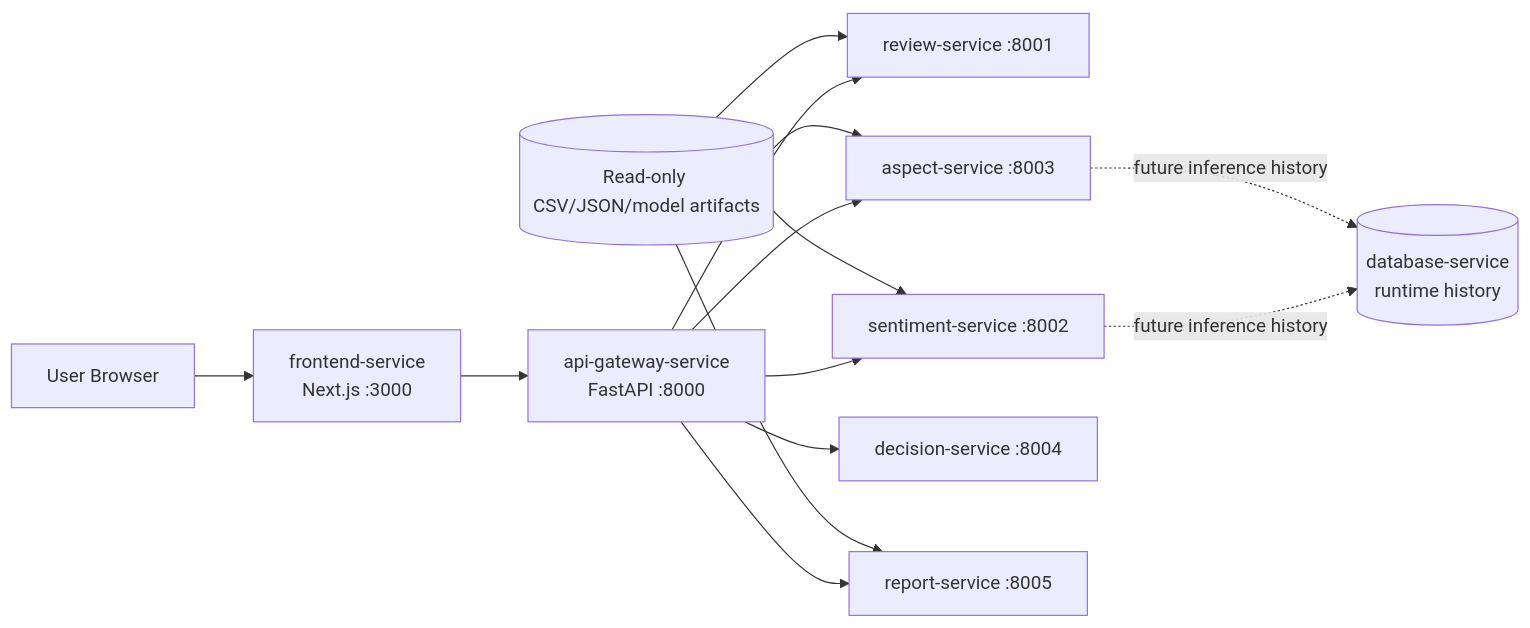
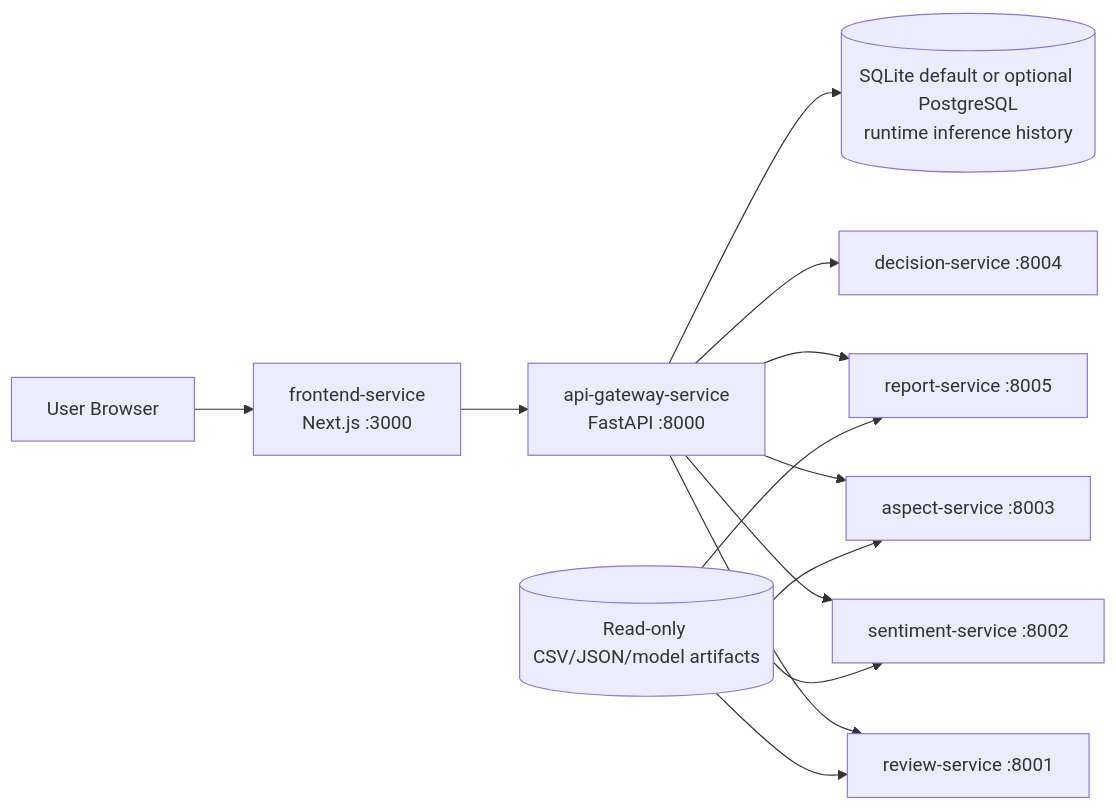
The first of 2 diagrams in docs/microservices/architecture.md (ahmadzkh/SentiRank), drawn with Mermaid before and after one commit. The commit also changed other lines of this file and 13 other files, not shown here.

Commit message:
docs: sync project architecture and deployment documentation

````diff
--- a/docs/microservices/architecture.md
+++ b/docs/microservices/architecture.md
@@ -85,16 +85,15 @@
 ```mermaid
 flowchart LR
     Browser[User Browser] --> Frontend[frontend-service<br/>Next.js :3000]
     Frontend --> Gateway[api-gateway-service<br/>FastAPI :8000]
     Gateway --> Review[review-service :8001]
     Gateway --> Sentiment[sentiment-service :8002]
     Gateway --> Aspect[aspect-service :8003]
     Gateway --> Decision[decision-service :8004]
     Gateway --> Report[report-service :8005]
+    Gateway --> RuntimeDB[(SQLite default or optional PostgreSQL<br/>runtime inference history)]
     Artifacts[(Read-only CSV/JSON/model artifacts)] --> Review
     Artifacts --> Sentiment
     Artifacts --> Aspect
     Artifacts --> Report
-    Sentiment -. future inference history .-> Database[(database-service<br/>runtime history)]
-    Aspect -. future inference history .-> Database
 ```
````
